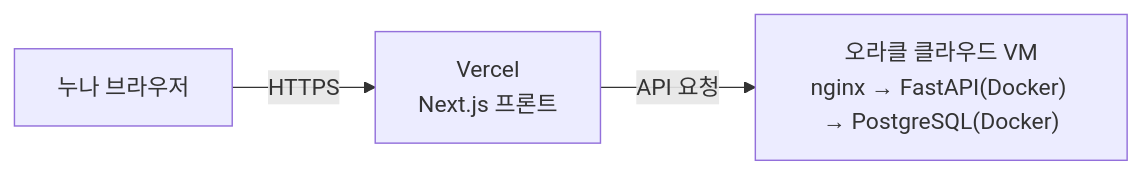
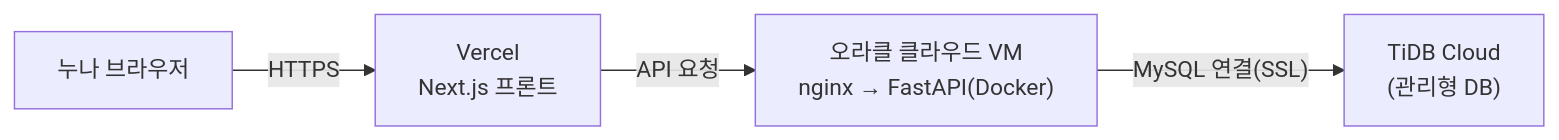
One commit to HANJIYEONN/headache-log changed the diagram in DEPLOY.md. Above: the diagram before and after it, drawn with Mermaid. The commit also changed other lines of this file and 4 other files, not shown here.

First line of the commit message:
DB를 PostgreSQL에서 MySQL로 전환 (로컬 MySQL + 배포 TiDB Cloud)

````diff
--- a/DEPLOY.md
+++ b/DEPLOY.md
@@ -5,5 +5,6 @@
 ```mermaid
 flowchart LR
     A["누나 브라우저"] -->|"HTTPS"| B["Vercel<br/>Next.js 프론트"]
-    B -->|"API 요청"| C["오라클 클라우드 VM<br/>nginx → FastAPI(Docker) → PostgreSQL(Docker)"]
+    B -->|"API 요청"| C["오라클 클라우드 VM<br/>nginx → FastAPI(Docker)"]
+    C -->|"MySQL 연결(SSL)"| D["TiDB Cloud<br/>(관리형 DB)"]
 ```
````
